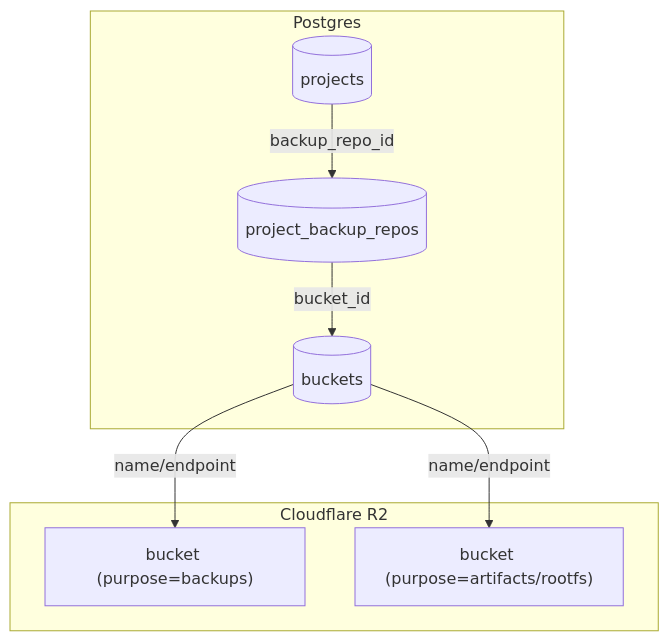
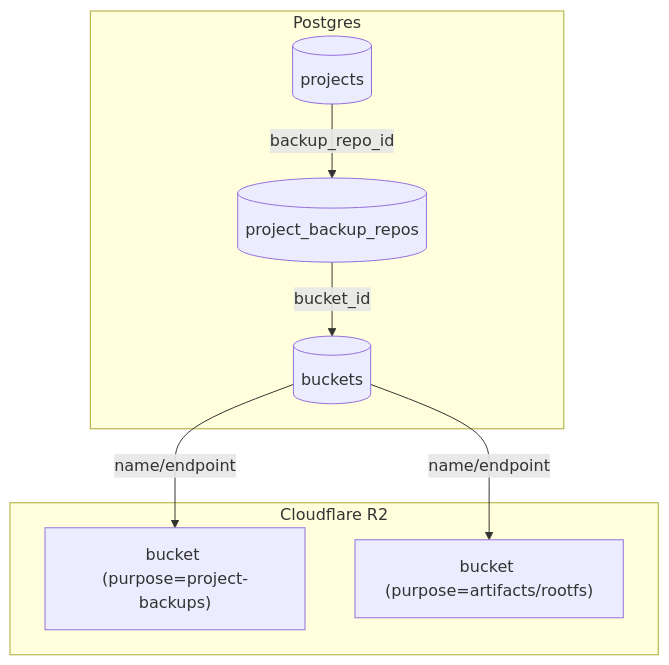
One commit to sagemathinc/cocalc-ai changed the diagram in docs/buckets.md. Above: the diagram before and after it, drawn with Mermaid. The commit also changed other lines of this file and 48 other files, not shown here.

````diff
--- a/docs/buckets.md
+++ b/docs/buckets.md
@@ -25,19 +25,19 @@
 ```mermaid
 flowchart TD
   subgraph DB[Postgres]
     Projects[(projects)]
     Buckets[(buckets)]
     BackupRepos[(project_backup_repos)]
   end
 
   Projects -->|backup_repo_id| BackupRepos
   BackupRepos -->|bucket_id| Buckets
 
   subgraph R2[Cloudflare R2]
-    BackupBuckets["bucket (purpose=backups)"]
+    BackupBuckets["bucket (purpose=project-backups)"]
     ArtifactBuckets["bucket (purpose=artifacts/rootfs)"]
   end
 
   Buckets -->|name/endpoint| BackupBuckets
   Buckets -->|name/endpoint| ArtifactBuckets
 ```
````
